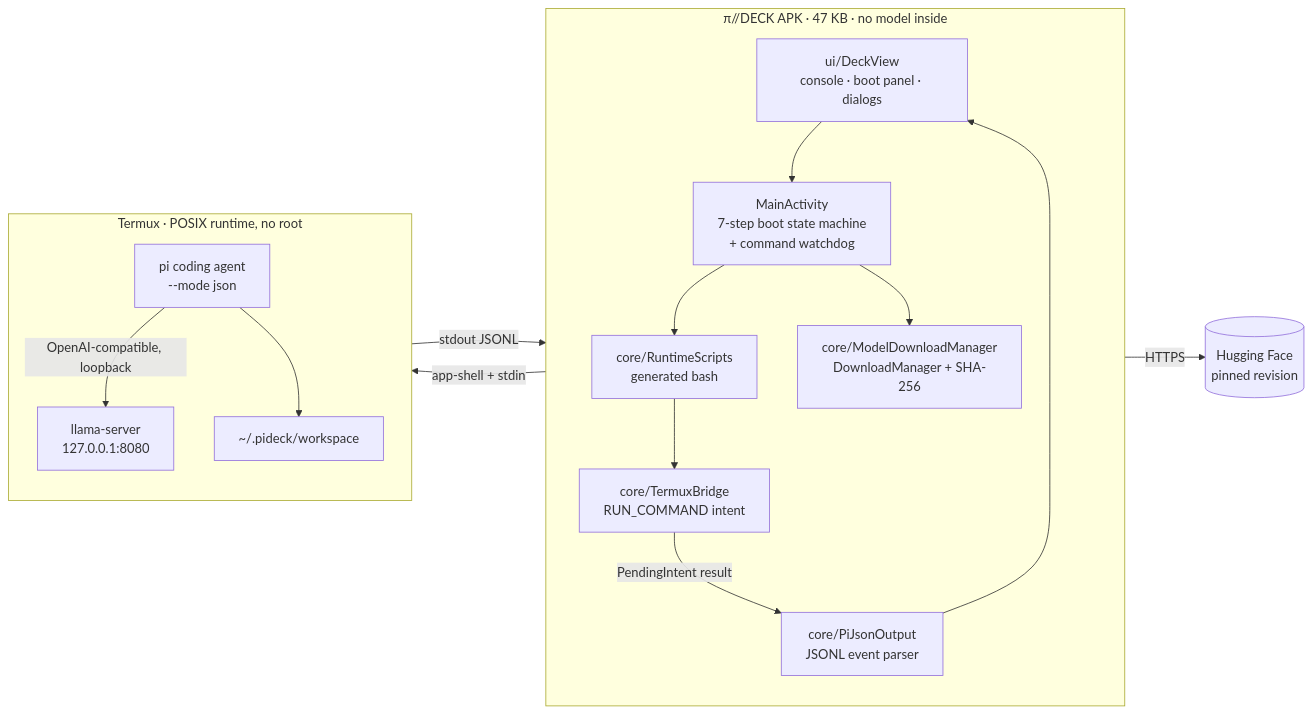
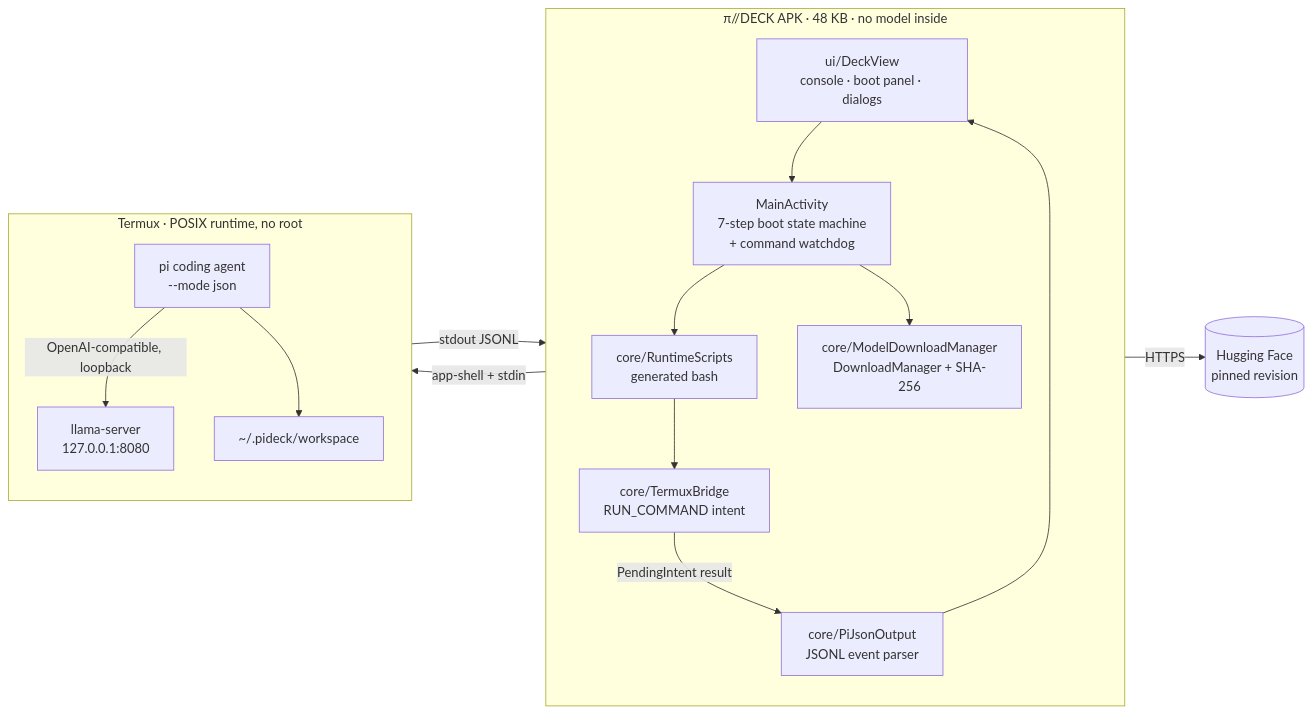
Before and after one commit to tigrohvost/pi-deck: the first of 2 diagrams in README.md, drawn with Mermaid. The commit also changed other lines of this file and 13 other files, not shown here.

````diff
--- a/README.md
+++ b/README.md
@@ -268,29 +293,29 @@
 ```mermaid
 flowchart LR
-    subgraph APK["π//DECK APK · 47 KB · no model inside"]
+    subgraph APK["π//DECK APK · 48 KB · no model inside"]
         direction TB
         UI["ui/DeckView<br/>console · boot panel · dialogs"]
         MA["MainActivity<br/>7-step boot state machine<br/>+ command watchdog"]
         RS["core/RuntimeScripts<br/>generated bash"]
         TB["core/TermuxBridge<br/>RUN_COMMAND intent"]
         MD["core/ModelDownloadManager<br/>DownloadManager + SHA-256"]
         PJ["core/PiJsonOutput<br/>JSONL event parser"]
     end
     subgraph TERMUX["Termux · POSIX runtime, no root"]
         direction TB
         PI["pi coding agent<br/>--mode json"]
         LS["llama-server<br/>127.0.0.1:8080"]
         WS["~/.pideck/workspace"]
     end
     HF[("Hugging Face<br/>pinned revision")]
 
     UI --> MA
     MA --> RS --> TB
     MA --> MD
     TB -->|"app-shell + stdin"| PI
     MD -->|"HTTPS"| HF
     PI -->|"OpenAI-compatible, loopback"| LS
     PI --> WS
     PI -->|"stdout JSONL"| TB
     TB -->|"PendingIntent result"| PJ --> UI
 ```
````
